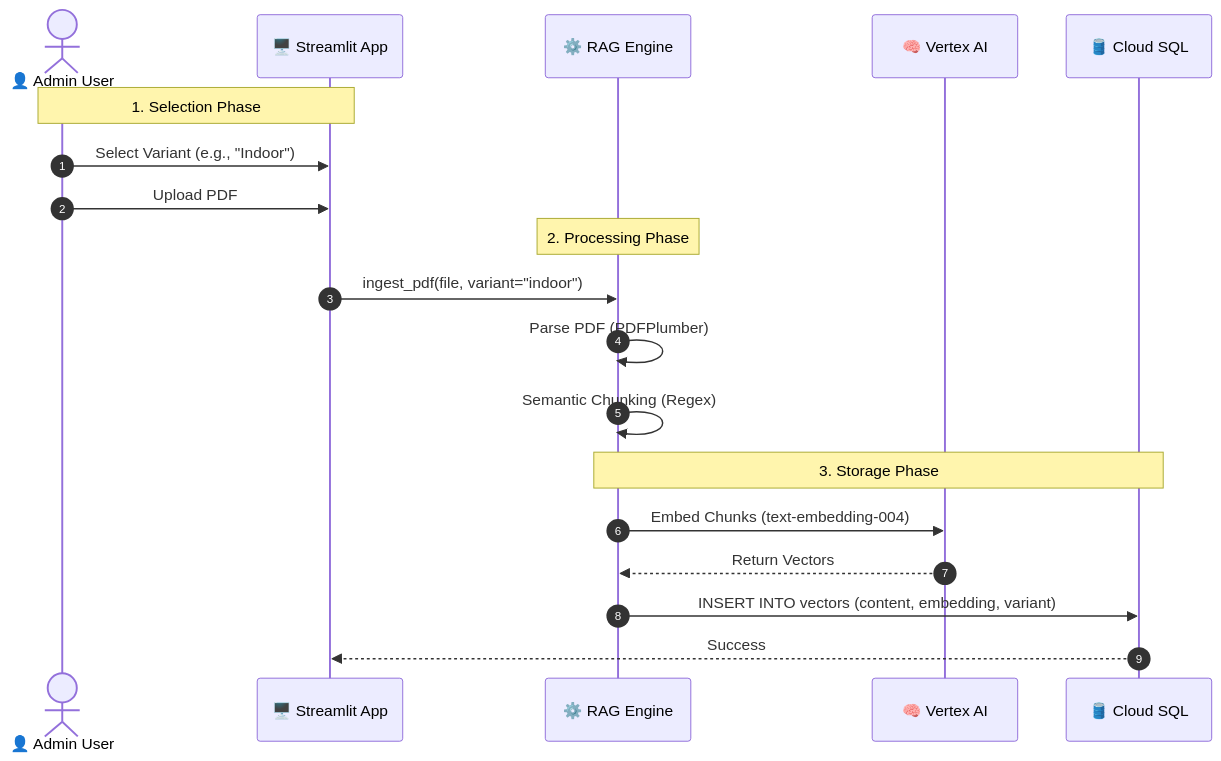
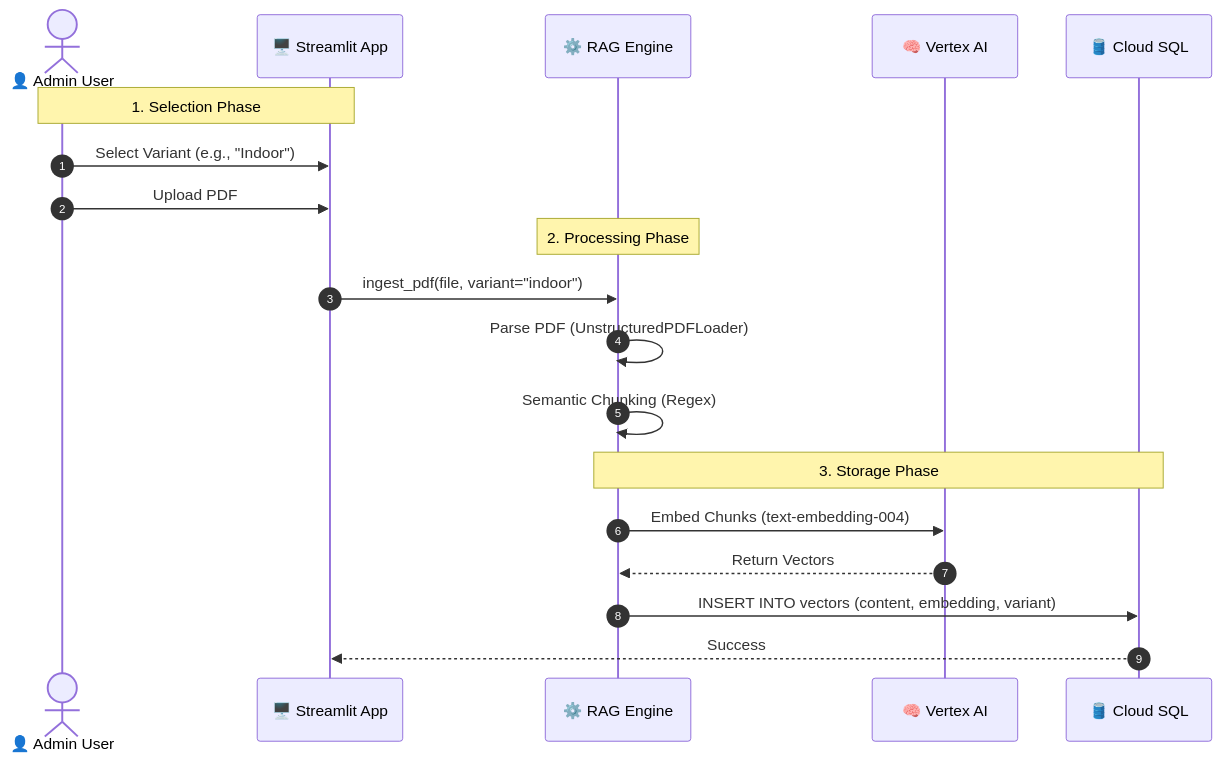
One commit to bavobbr/langchain-poc changed the first of 2 diagrams in README.md. Above: the diagram before and after it, drawn with Mermaid. The commit also changed other lines of this file, not shown here.

Commit message:
docs: update README to Gemini 2.0 Flash Lite and Unstructured loader; align context window note

````diff
--- a/README.md
+++ b/README.md
@@ -24,24 +24,24 @@
 ```mermaid
 sequenceDiagram
     autonumber
     actor User as 👤 Admin User
     participant App as 🖥️ Streamlit App
     participant Engine as ⚙️ RAG Engine
     participant Vertex as 🧠 Vertex AI
     participant DB as 🛢️ Cloud SQL
 
     Note over User, App: 1. Selection Phase
     User->>App: Select Variant (e.g., "Indoor")
     User->>App: Upload PDF
 
     Note over Engine: 2. Processing Phase
     App->>Engine: ingest_pdf(file, variant="indoor")
-    Engine->>Engine: Parse PDF (PDFPlumber)
+    Engine->>Engine: Parse PDF (UnstructuredPDFLoader)
     Engine->>Engine: Semantic Chunking (Regex)
 
     Note over Engine, DB: 3. Storage Phase
     Engine->>Vertex: Embed Chunks (text-embedding-004)
     Vertex-->>Engine: Return Vectors
     Engine->>DB: INSERT INTO vectors (content, embedding, variant)
     DB-->>App: Success
 ```
````
